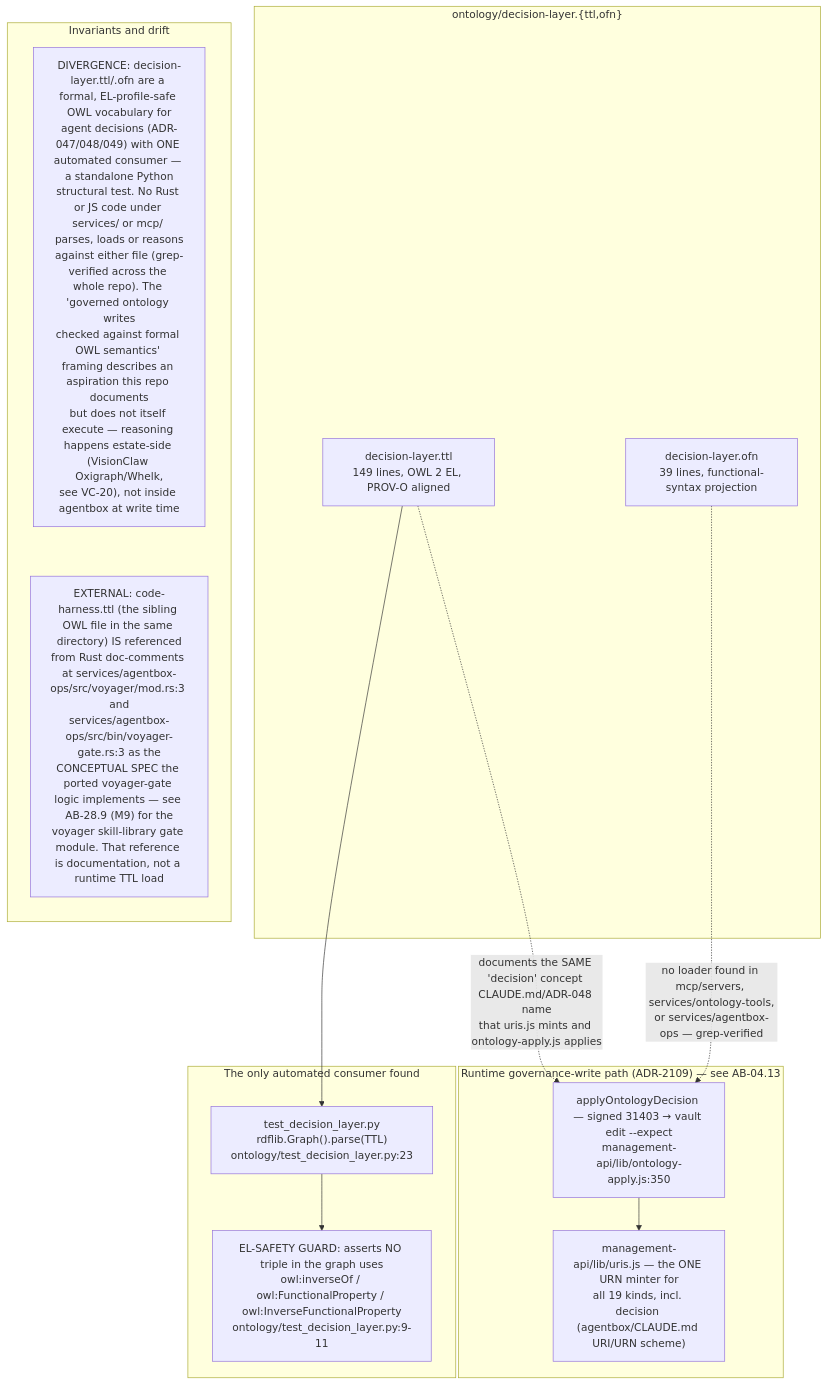
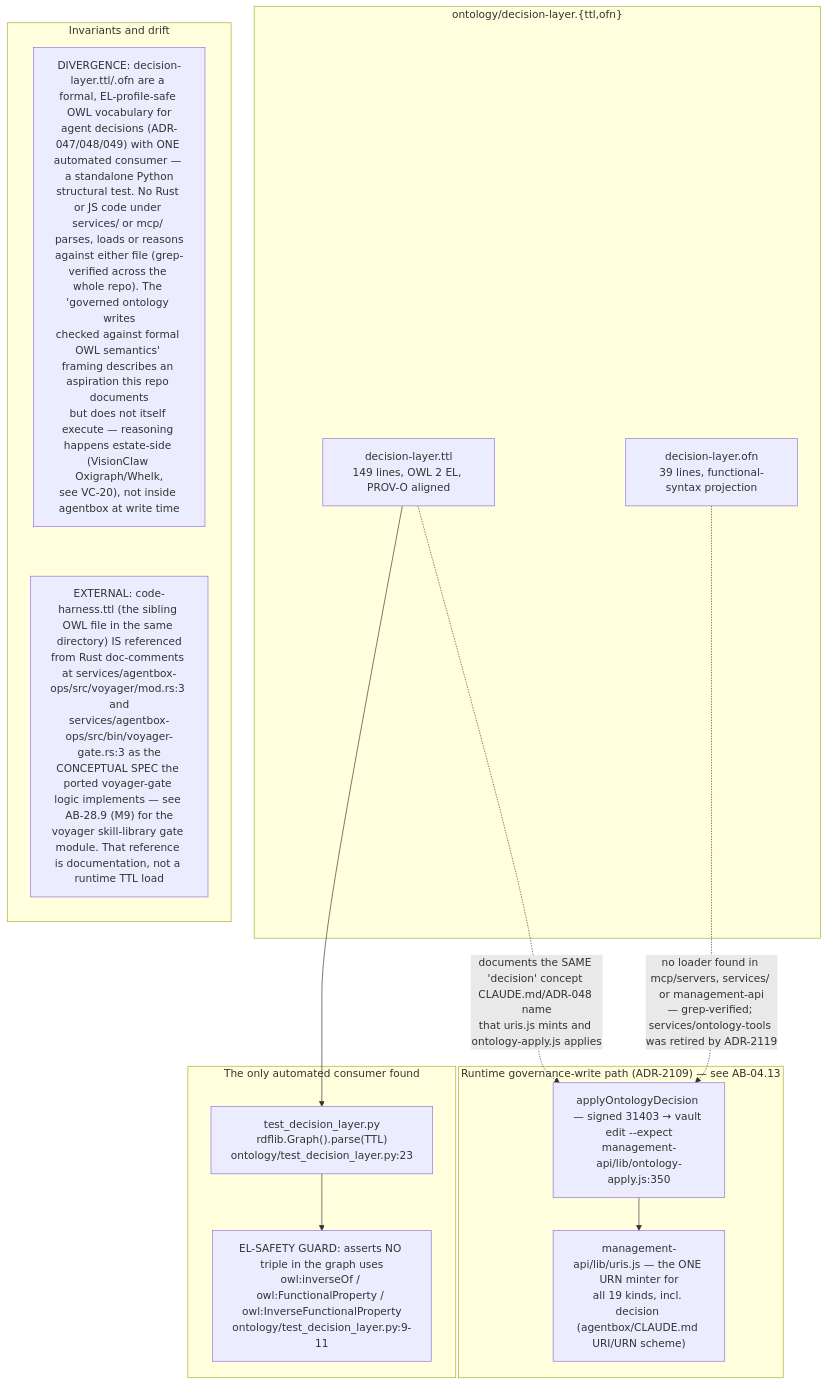
Before and after one commit to DreamLab-AI/VisionFlow: the fifth of 5 diagrams in docs/diagrams/agentbox/25-ontology-tools-and-governed-writes.md, drawn with Mermaid. The commit also changed other lines of this file and 94 other files, not shown here.

First line of the commit message:
docs(diagrams): re-verify 130 topics against 2 October HEADs

````diff
--- a/docs/diagrams/agentbox/25-ontology-tools-and-governed-writes.md
+++ b/docs/diagrams/agentbox/25-ontology-tools-and-governed-writes.md
@@ -190,26 +190,26 @@
 ```mermaid
 flowchart TB
     subgraph schema["ontology/decision-layer.{ttl,ofn}"]
         TTL["decision-layer.ttl<br/>149 lines, OWL 2 EL, PROV-O aligned"]
         OFN["decision-layer.ofn<br/>39 lines, functional-syntax projection"]
     end
     subgraph tested["The only automated consumer found"]
         PYTEST["test_decision_layer.py<br/>rdflib.Graph#40;#41;.parse#40;TTL#41;<br/>ontology/test_decision_layer.py:23"]
         ELGUARD["EL-SAFETY GUARD: asserts NO triple in the graph uses<br/>owl:inverseOf / owl:FunctionalProperty / owl:InverseFunctionalProperty<br/>ontology/test_decision_layer.py:9-11"]
     end
     subgraph runtime["Runtime governance-write path (ADR-2109) — see AB-04.13"]
         APPLY["applyOntologyDecision — signed 31403 → vault edit --expect<br/>management-api/lib/ontology-apply.js:350"]
         URIS["management-api/lib/uris.js — the ONE URN minter for<br/>all 19 kinds, incl. decision (agentbox/CLAUDE.md URI/URN scheme)"]
     end
     TTL --> PYTEST
     PYTEST --> ELGUARD
     TTL -.->|"documents the SAME 'decision' concept CLAUDE.md/ADR-048 name<br/>that uris.js mints and ontology-apply.js applies"| APPLY
-    OFN -.->|"no loader found in mcp/servers, services/ontology-tools,<br/>or services/agentbox-ops — grep-verified"| APPLY
+    OFN -.->|"no loader found in mcp/servers, services/ or management-api<br/>— grep-verified; services/ontology-tools was retired by ADR-2119"| APPLY
     APPLY --> URIS
     subgraph notes["Invariants and drift"]
         direction TB
         N1["DIVERGENCE: decision-layer.ttl/.ofn are a formal, EL-profile-safe OWL vocabulary for<br/>agent decisions (ADR-047/048/049) with ONE automated consumer — a standalone Python<br/>structural test. No Rust or JS code under services/ or mcp/ parses, loads or reasons<br/>against either file (grep-verified across the whole repo). The 'governed ontology writes<br/>checked against formal OWL semantics' framing describes an aspiration this repo documents<br/>but does not itself execute — reasoning happens estate-side (VisionClaw Oxigraph/Whelk,<br/>see VC-20), not inside agentbox at write time"]
         N2["EXTERNAL: code-harness.ttl #40;the sibling OWL file in the same directory#41; IS referenced<br/>from Rust doc-comments at services/agentbox-ops/src/voyager/mod.rs:3 and<br/>services/agentbox-ops/src/bin/voyager-gate.rs:3 as the<br/>CONCEPTUAL SPEC the ported voyager-gate logic implements — see AB-28.9 (M9) for the<br/>voyager skill-library gate module. That reference is documentation, not a runtime TTL load"]
         N1 ~~~ N2
     end
 ```
````
